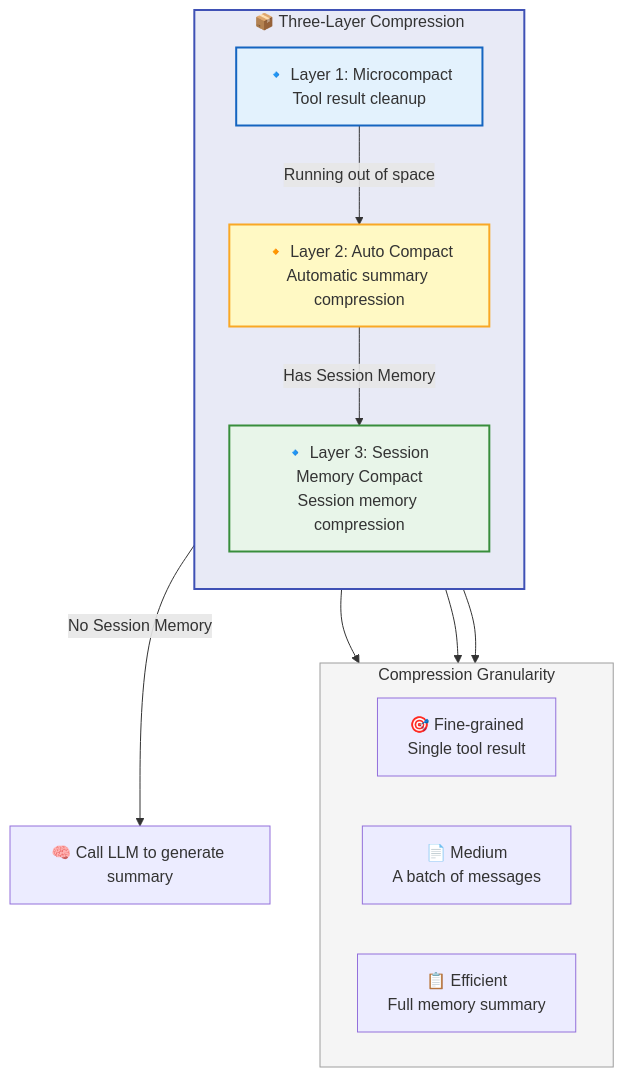
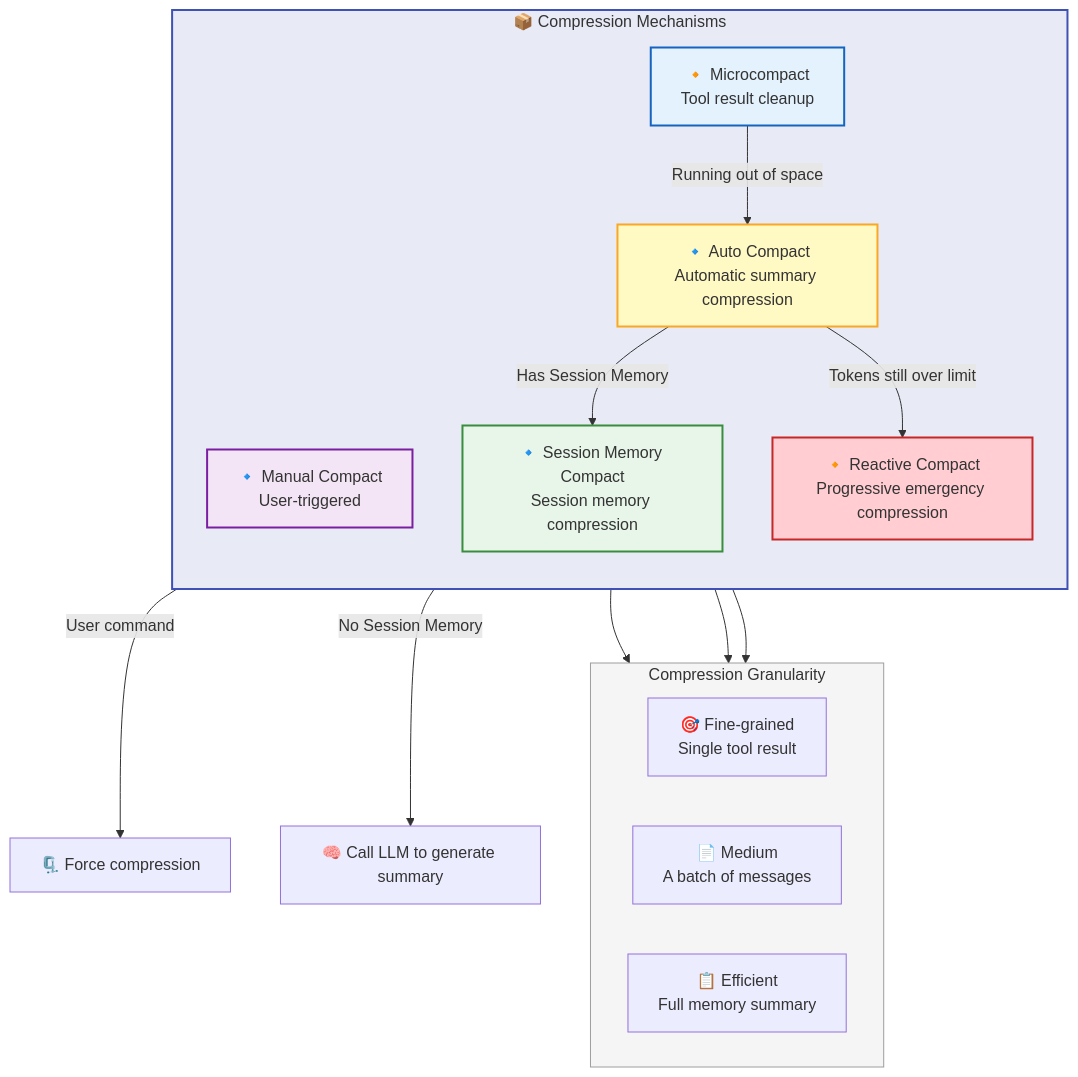
Before and after one commit to rtc-agent/docs: the first of 9 diagrams in src/content/docs/en/features/context-management.md, drawn with Mermaid. The commit also changed other lines of this file and 17 other files, not shown here.

````diff
--- a/src/content/docs/en/features/context-management.md
+++ b/src/content/docs/en/features/context-management.md
@@ -10,30 +10,36 @@
 ```mermaid
 flowchart TD
-    subgraph LAYERS["📦 Three-Layer Compression"]
+    subgraph LAYERS["📦 Compression Mechanisms"]
         direction TB
-        L1["🔹 Layer 1: Microcompact<br/>Tool result cleanup"]
-        L2["🔸 Layer 2: Auto Compact<br/>Automatic summary compression"]
-        L3["🔹 Layer 3: Session Memory Compact<br/>Session memory compression"]
+        L0["🔹 Manual Compact<br/>User-triggered"]
+        L1["🔸 Microcompact<br/>Tool result cleanup"]
+        L2["🔹 Auto Compact<br/>Automatic summary compression"]
+        L3["🔸 Reactive Compact<br/>Progressive emergency compression"]
+        L4["🔹 Session Memory Compact<br/>Session memory compression"]
     end
 
+    L0 -->|"User command"| COMPACT["🗜️ Force compression"]
     L1 -->|"Running out of space"| L2
-    L2 -->|"Has Session Memory"| L3
+    L2 -->|"Has Session Memory"| L4
     L2 -->|"No Session Memory"| L2B["🧠 Call LLM to generate summary"]
+    L2 -->|"Tokens still over limit"| L3
 
     subgraph SCOPE["Compression Granularity"]
         direction LR
         S1["🎯 Fine-grained<br/>Single tool result"]
         S2["📄 Medium<br/>A batch of messages"]
         S3["📋 Efficient<br/>Full memory summary"]
     end
 
     L1 --> S1
     L2 --> S2
-    L3 --> S3
+    L4 --> S3
 
     style LAYERS fill:#e8eaf6,stroke:#3f51b5,stroke-width:2px
     style SCOPE fill:#f5f5f5,stroke:#9e9e9e,stroke-width:1px
+    style L0 fill:#f3e5f5,stroke:#7b1fa2,stroke-width:2px
     style L1 fill:#e3f2fd,stroke:#1565c0,stroke-width:2px
     style L2 fill:#fff9c4,stroke:#f9a825,stroke-width:2px
-    style L3 fill:#e8f5e9,stroke:#388e3c,stroke-width:2px
+    style L3 fill:#ffcdd2,stroke:#c62828,stroke-width:2px
+    style L4 fill:#e8f5e9,stroke:#388e3c,stroke-width:2px
 ```
````
